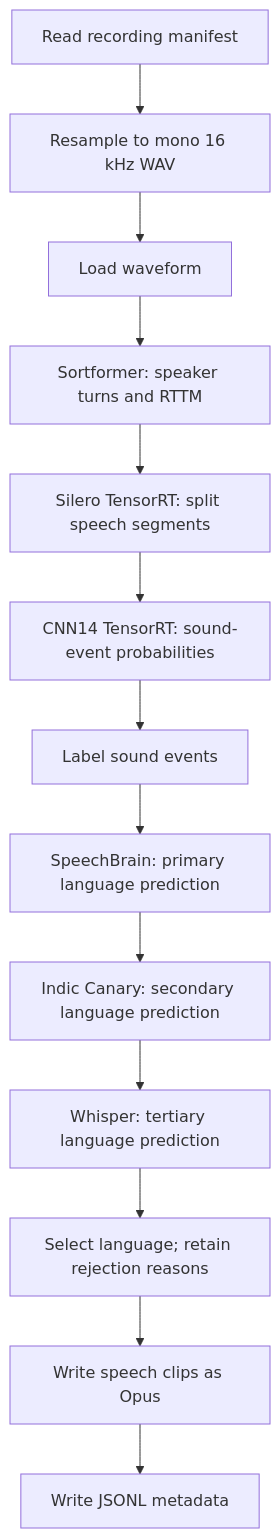
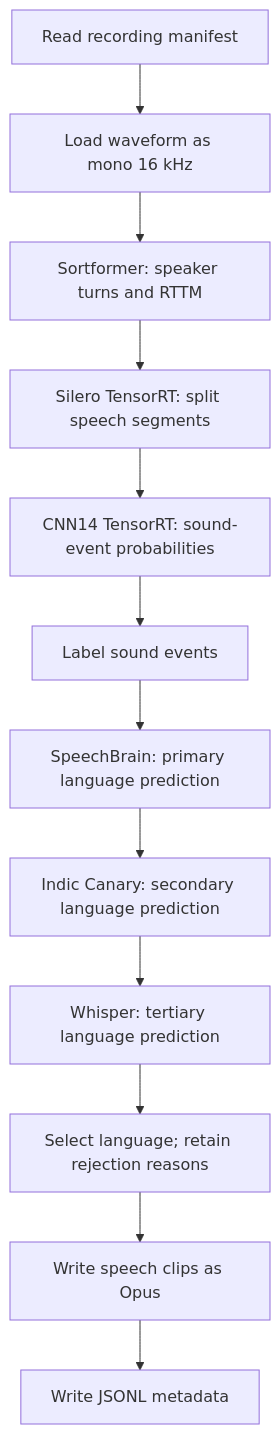
The diagram in tutorials/audio/granary_v2/metadata/README.md (NVIDIA-NeMo/Curator), drawn with Mermaid before and after one commit. The commit also changed other lines of this file and 127 other files, not shown here.

First line of the commit message:
refactor(audio): one AudioFormatStage replaces the mono, channel, rate and resample stages

````diff
--- a/tutorials/audio/granary_v2/metadata/README.md
+++ b/tutorials/audio/granary_v2/metadata/README.md
@@ -8,15 +8,14 @@
 ```mermaid
 flowchart TD
-    read["Read recording manifest"] --> resample["Resample to mono 16 kHz WAV"]
-    resample --> load["Load waveform"]
-    load --> diarize["Sortformer: speaker turns and RTTM"]
+    read["Read recording manifest"] --> resample["Load waveform as mono 16 kHz"]
+    resample --> diarize["Sortformer: speaker turns and RTTM"]
     diarize --> vad["Silero TensorRT: split speech segments"]
     vad --> sed["CNN14 TensorRT: sound-event probabilities"]
     sed --> events["Label sound events"]
     events --> speechbrain["SpeechBrain: primary language prediction"]
     speechbrain --> canary["Indic Canary: secondary language prediction"]
     canary --> whisper["Whisper: tertiary language prediction"]
     whisper --> select["Select language; retain rejection reasons"]
     select --> audio["Write speech clips as Opus"]
     audio --> metadata["Write JSONL metadata"]
 ```
````
